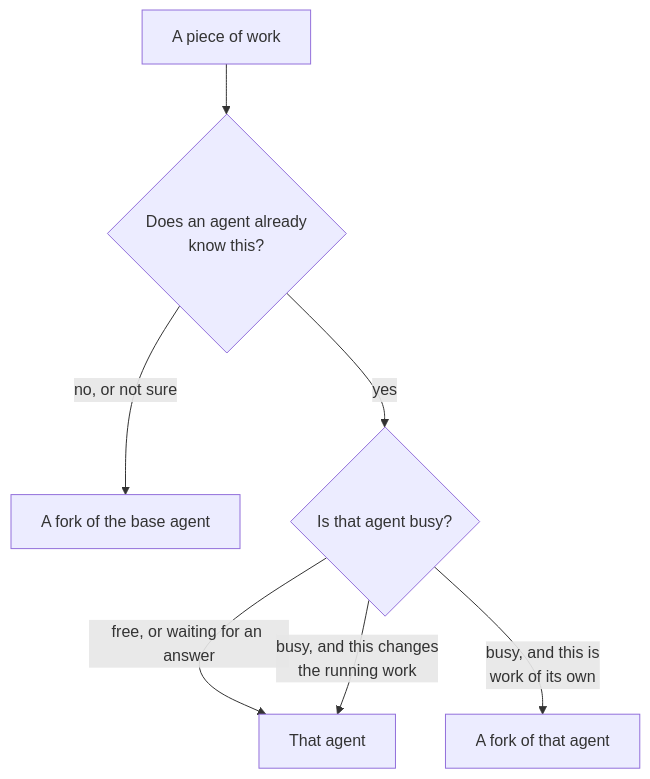
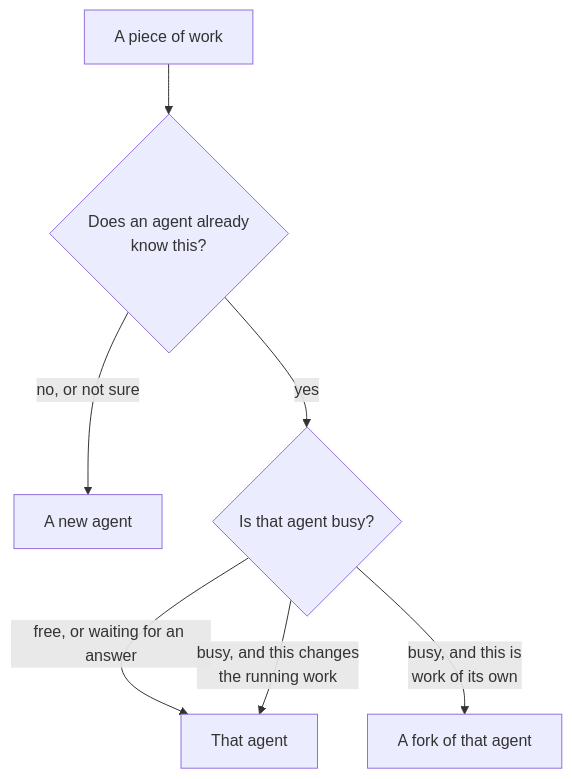
The second of 3 diagrams in docs/boxes/viewer/live-session/agents/fast/README.md (andrei512/devpage), drawn with Mermaid before and after one commit. The commit also changed other lines of this file and 45 other files, not shown here.

First line of the commit message:
No base agent, and the world's parts documented

````diff
--- a/docs/boxes/viewer/live-session/agents/fast/README.md
+++ b/docs/boxes/viewer/live-session/agents/fast/README.md
@@ -78,9 +78,9 @@
 ```mermaid
 flowchart TD
   work["A piece of work"] --> q1{"Does an agent already<br/>know this?"}
-  q1 -->|"no, or not sure"| fresh["A fork of the base agent"]
+  q1 -->|"no, or not sure"| fresh["A new agent"]
   q1 -->|"yes"| q2{"Is that agent busy?"}
   q2 -->|"free, or waiting for an answer"| send["That agent"]
   q2 -->|"busy, and this changes<br/>the running work"| send
   q2 -->|"busy, and this is<br/>work of its own"| fork["A fork of that agent"]
 ```
````
